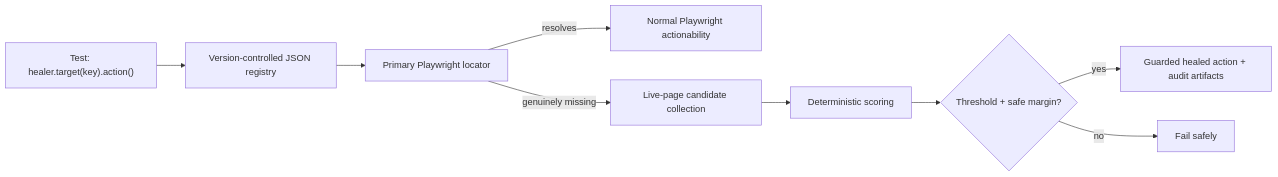
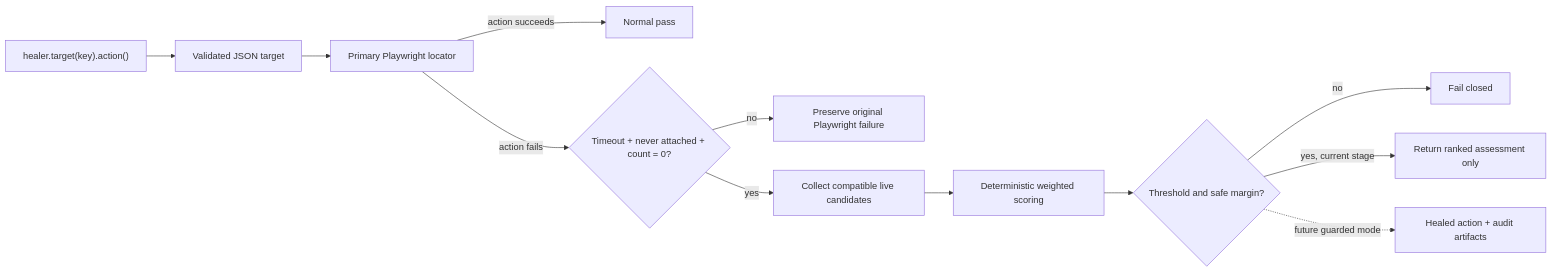
One commit to kamenAsenov/aegiloc changed the diagram in README.md. Above: the diagram before and after it, drawn with Mermaid. The commit also changed other lines of this file and 9 other files, not shown here.

Commit message:
feat: add deterministic candidate scoring

````diff
--- a/README.md
+++ b/README.md
@@ -65,11 +140,14 @@
 ```mermaid
 flowchart LR
-  T["Test: healer.target(key).action()"] --> R["Version-controlled JSON registry"]
+  T["healer.target(key).action()"] --> R["Validated JSON target"]
   R --> P["Primary Playwright locator"]
-  P -->|"resolves"| A["Normal Playwright actionability"]
-  P -->|"genuinely missing"| C["Live-page candidate collection"]
-  C --> S["Deterministic scoring"]
-  S --> G{"Threshold + safe margin?"}
-  G -->|"yes"| H["Guarded healed action + audit artifacts"]
-  G -->|"no"| F["Fail safely"]
+  P -->|"action succeeds"| OK["Normal pass"]
+  P -->|"action fails"| M{"Timeout + never attached + count = 0?"}
+  M -->|"no"| PF["Preserve original Playwright failure"]
+  M -->|"yes"| C["Collect compatible live candidates"]
+  C --> S["Deterministic weighted scoring"]
+  S --> G{"Threshold and safe margin?"}
+  G -->|"no"| SF["Fail closed"]
+  G -->|"yes, current stage"| RO["Return ranked assessment only"]
+  G -.->|"future guarded mode"| H["Healed action + audit artifacts"]
 ```
````
